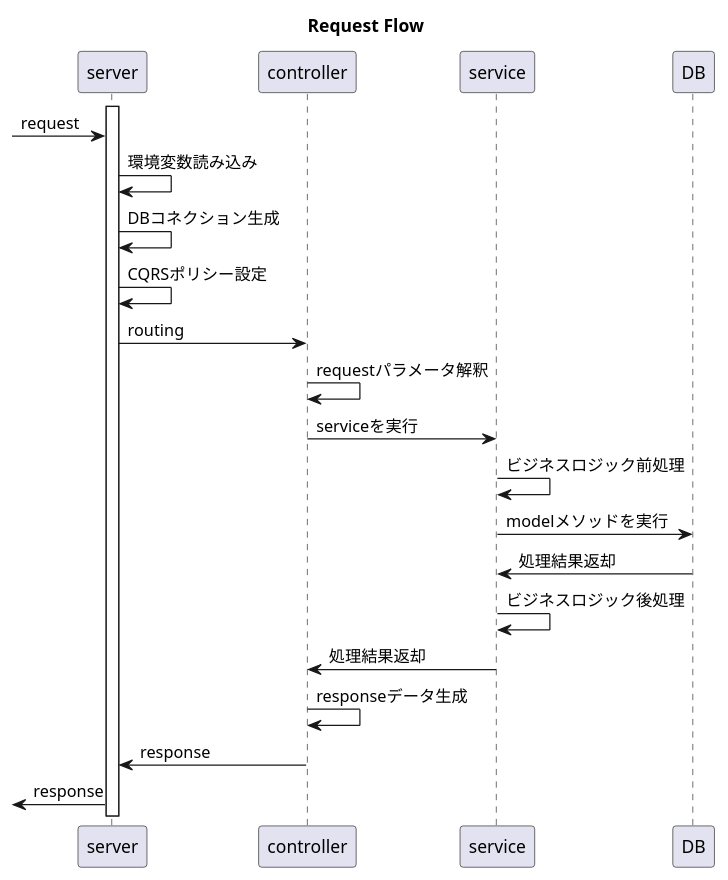
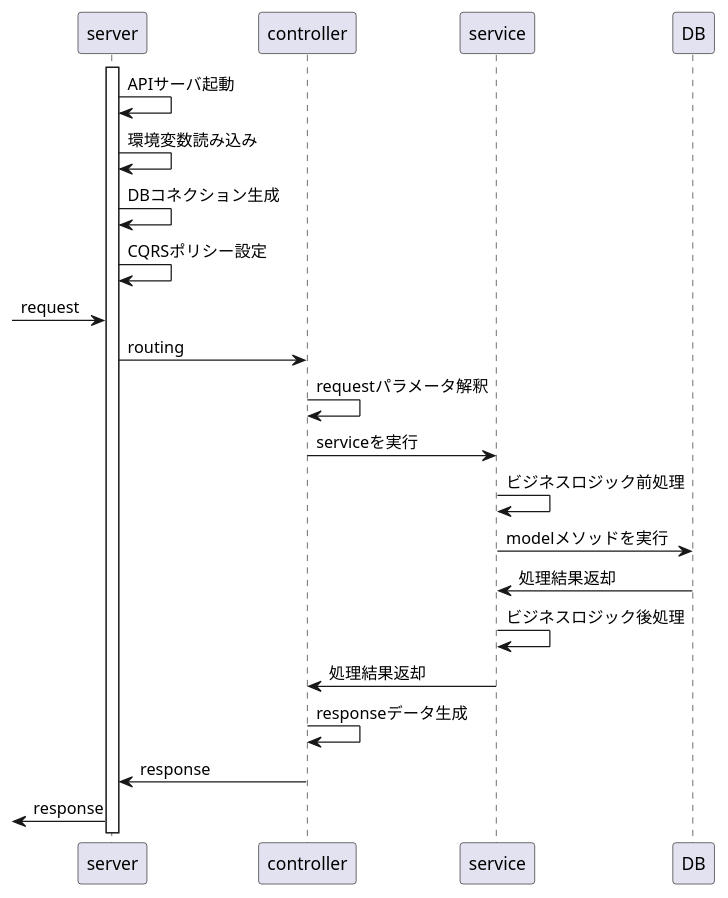
Before and after one commit to oshou/AwesomeMusic-api: the diagram in README.md, drawn with PlantUML. The commit also changed other lines of this file, not shown here.

Commit message:
add sequence to README.md

````diff
--- a/README.md
+++ b/README.md
@@ -14,22 +14,21 @@
 ```plantuml
 @startuml
-title Request Flow
-
 activate server
-[-> server :request
+server -> server: APIサーバ起動
 server -> server: 環境変数読み込み
 server -> server: DBコネクション生成
 server -> server: CQRSポリシー設定
+[-> server :request
 server -> controller: routing
 controller -> controller: requestパラメータ解釈
 controller -> service: serviceを実行
 service -> service: ビジネスロジック前処理
 service -> DB: modelメソッドを実行
 DB -> service: 処理結果返却
 service -> service: ビジネスロジック後処理
 service -> controller: 処理結果返却
 controller-> controller: responseデータ生成
 controller-> server: response
 server ->[: response
 @enduml
 ```
````
